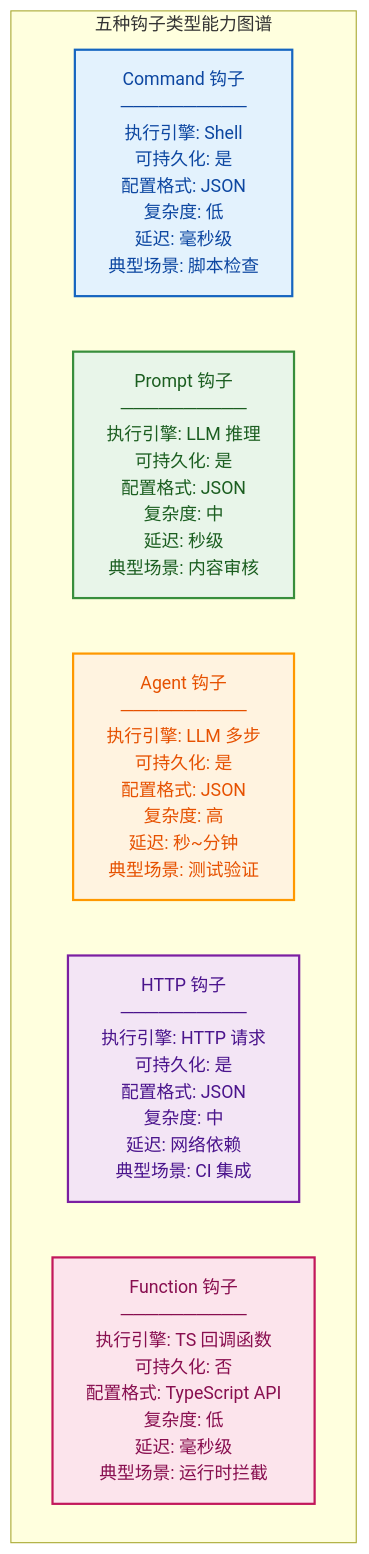
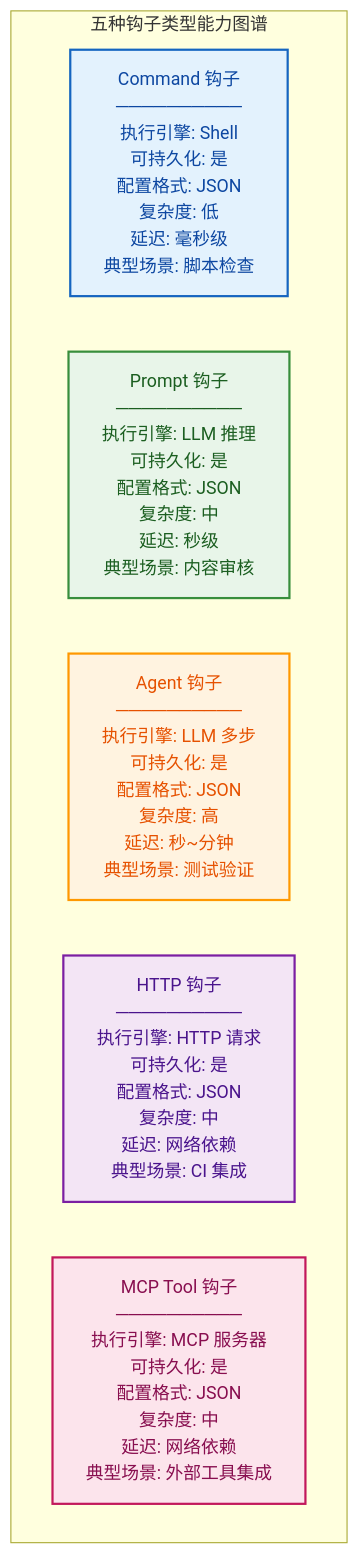
Before and after one commit to TsiaohanWang/claude-code-book: the second of 8 diagrams in 第二部分-核心系统篇/09-钩子系统-Agent的生命周期扩展点.md, drawn with Mermaid. The commit also changed other lines of this file and 26 other files, not shown here.

````diff
--- a/第二部分-核心系统篇/09-钩子系统-Agent的生命周期扩展点.md
+++ b/第二部分-核心系统篇/09-钩子系统-Agent的生命周期扩展点.md
@@ -55,22 +55,22 @@
 ```mermaid
 graph TD
     subgraph 五种钩子类型["五种钩子类型能力图谱"]
         cmd["Command 钩子<br/>──────────<br/>执行引擎: Shell<br/>可持久化: 是<br/>配置格式: JSON<br/>复杂度: 低<br/>延迟: 毫秒级<br/>典型场景: 脚本检查"]
         prompt["Prompt 钩子<br/>──────────<br/>执行引擎: LLM 推理<br/>可持久化: 是<br/>配置格式: JSON<br/>复杂度: 中<br/>延迟: 秒级<br/>典型场景: 内容审核"]
         agent["Agent 钩子<br/>──────────<br/>执行引擎: LLM 多步<br/>可持久化: 是<br/>配置格式: JSON<br/>复杂度: 高<br/>延迟: 秒~分钟<br/>典型场景: 测试验证"]
         http["HTTP 钩子<br/>──────────<br/>执行引擎: HTTP 请求<br/>可持久化: 是<br/>配置格式: JSON<br/>复杂度: 中<br/>延迟: 网络依赖<br/>典型场景: CI 集成"]
-        func["Function 钩子<br/>──────────<br/>执行引擎: TS 回调函数<br/>可持久化: 否<br/>配置格式: TypeScript API<br/>复杂度: 低<br/>延迟: 毫秒级<br/>典型场景: 运行时拦截"]
+        mcp["MCP Tool 钩子<br/>──────────<br/>执行引擎: MCP 服务器<br/>可持久化: 是<br/>配置格式: JSON<br/>复杂度: 中<br/>延迟: 网络依赖<br/>典型场景: 外部工具集成"]
     end
 
     classDef cmd fill:#e3f2fd,stroke:#1565c0,stroke-width:2px,color:#0d47a1
     classDef prompt fill:#e8f5e9,stroke:#388e3c,stroke-width:2px,color:#1b5e20
     classDef agent fill:#fff3e0,stroke:#ff9800,stroke-width:2px,color:#e65100
     classDef http fill:#f3e5f5,stroke:#7b1fa2,stroke-width:2px,color:#4a148c
-    classDef func fill:#fce4ec,stroke:#c2185b,stroke-width:2px,color:#880e4f
+    classDef mcp fill:#fce4ec,stroke:#c2185b,stroke-width:2px,color:#880e4f
 
     class cmd cmd
     class prompt prompt
     class agent agent
     class http http
-    class func func
+    class mcp mcp
 ```
````
